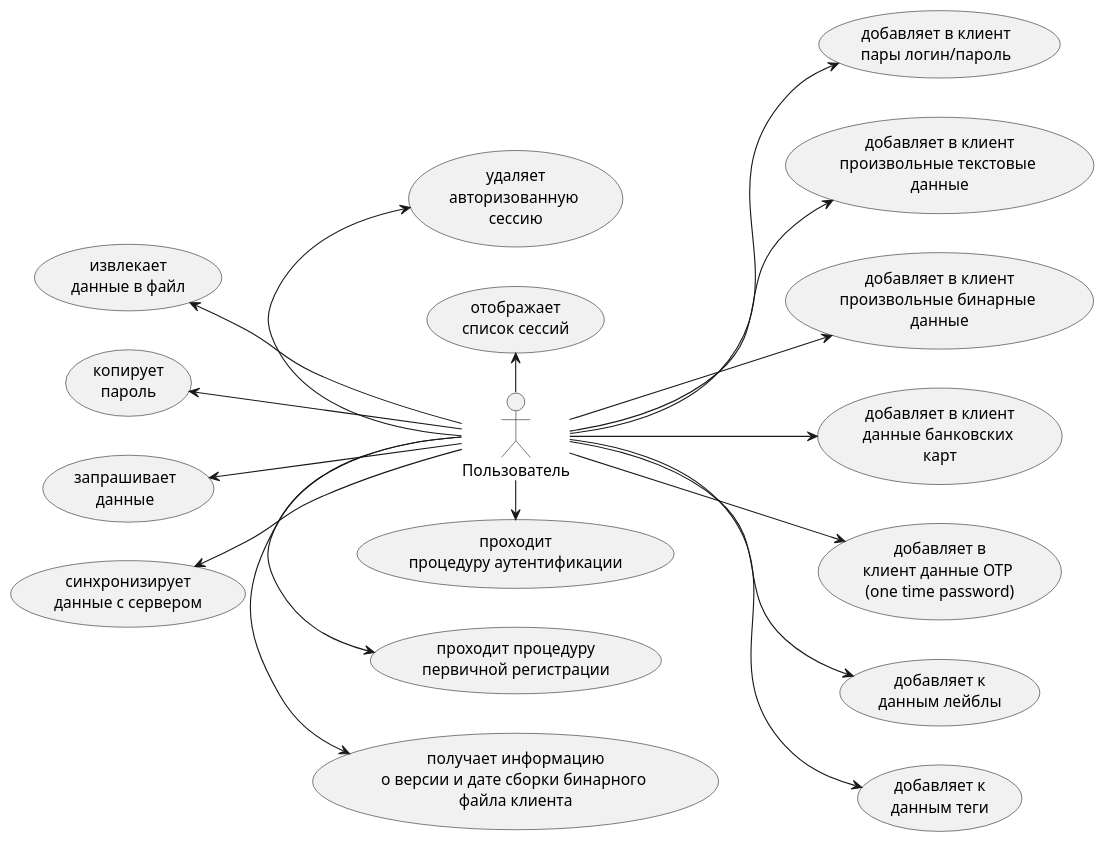
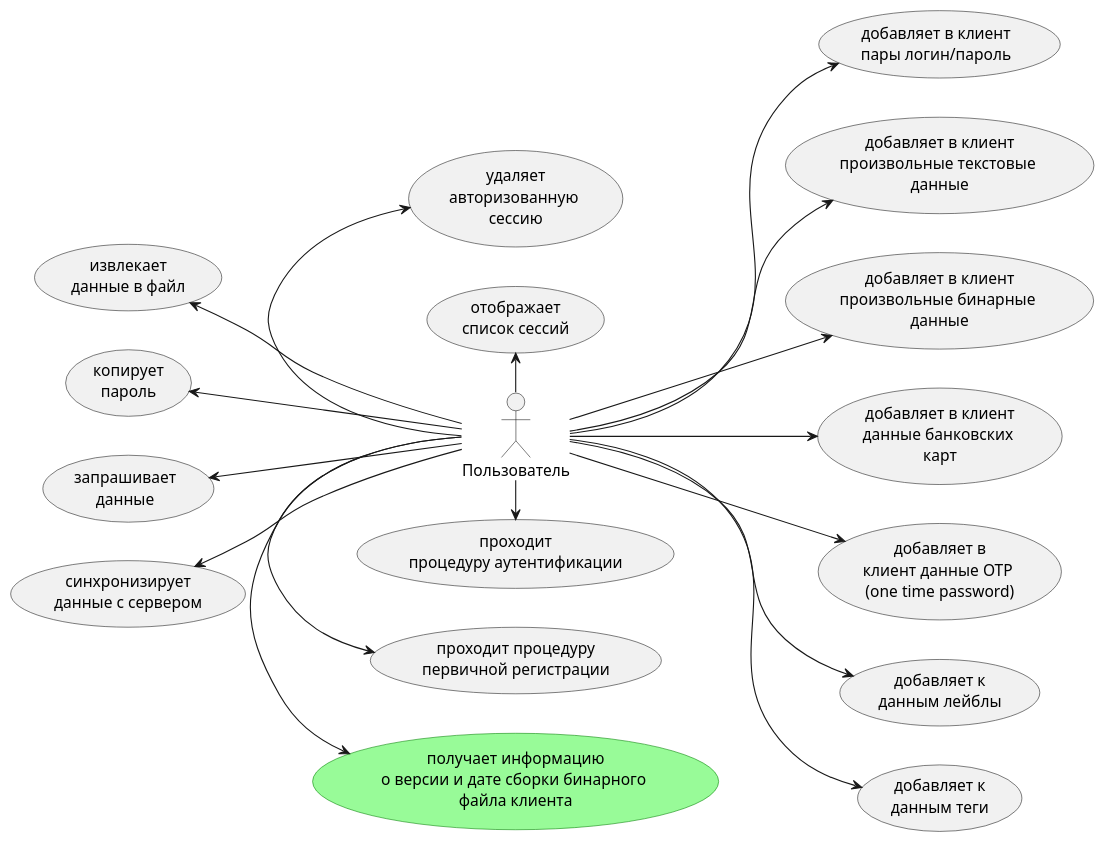
One commit to gopherlearning/gophkeeper changed the diagram in doc/usecases.plantuml. Above: the diagram before and after it, drawn with PlantUML. The commit also changed 2 other files, not shown here.

```diff
--- a/doc/usecases.plantuml
+++ b/doc/usecases.plantuml
@@ -1,58 +1,58 @@
 @startuml usecase
 left to right direction
 actor Пользователь as u
-usecase UC1  as "получает информацию 
+usecase UC1 #palegreen;line:green as "получает информацию 
 о версии и дате сборки бинарного 
-файла клиента"
+файла клиента" 
 usecase UC2  as "проходит процедуру 
 первичной регистрации"
 usecase UC3  as "добавляет в клиент 
 пары логин/пароль"
 usecase UC4  as "добавляет в клиент 
 произвольные текстовые 
 данные"
 usecase UC5  as "добавляет в клиент 
 произвольные бинарные 
 данные"
 usecase UC6  as "добавляет в клиент 
 данные банковских 
 карт"
 usecase UC7  as "добавляет в 
 клиент данные OTP 
 (one time password)"
 usecase UC8  as "добавляет к 
 данным лейблы"
 usecase UC9  as "добавляет к 
 данным теги"
 usecase UC10 as "синхронизирует 
 данные с сервером"
 usecase UC11 as "проходит 
 процедуру аутентификации"
 usecase UC12 as "запрашивает 
 данные"
 usecase UC13 as "копирует 
 пароль"
 usecase UC14 as "извлекает 
 данные в файл"
 usecase UC15 as "отображает 
 список сессий"
 usecase UC16 as "удаляет 
 авторизованную 
 сессию"
 u -right-> UC1
 u -right-> UC2
 u -down-> UC3
 u -down-> UC4
 u -down-> UC5
 u -down-> UC6
 u -down-> UC7
 u -down-> UC8
 u -down-> UC9
 u -up-> UC10
 u -right-> UC11
 u -up-> UC12
 u -up-> UC13
 u -up-> UC14
 u -left-> UC15
 u -left-> UC16
 @enduml
```
